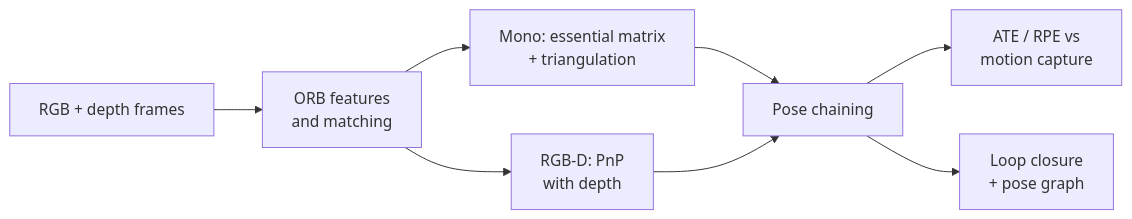
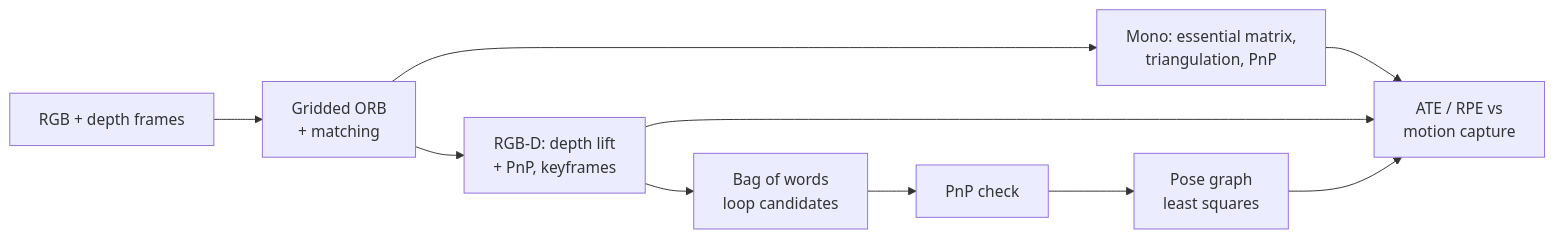
The diagram in README.md (haroonkhan02/visual-odometry-slam), drawn with Mermaid before and after one commit. The commit also changed other lines of this file, not shown here.

Commit message:
Finish README with loop-closure results and error analysis

````diff
--- a/README.md
+++ b/README.md
@@ -39,10 +23,12 @@
 ```mermaid
 flowchart LR
-    A[RGB + depth frames] --> B[ORB features<br/>and matching]
-    B --> C1[Mono: essential matrix<br/>+ triangulation]
-    B --> C2[RGB-D: PnP<br/>with depth]
-    C1 --> D[Pose chaining]
-    C2 --> D
-    D --> E[ATE / RPE vs<br/>motion capture]
-    D --> F[Loop closure<br/>+ pose graph]
+    A[RGB + depth frames] --> B[Gridded ORB<br/>+ matching]
+    B --> C1[Mono: essential matrix,<br/>triangulation, PnP]
+    B --> C2[RGB-D: depth lift<br/>+ PnP, keyframes]
+    C2 --> D[Bag of words<br/>loop candidates]
+    D --> E[PnP check]
+    E --> F[Pose graph<br/>least squares]
+    C1 --> G[ATE / RPE vs<br/>motion capture]
+    C2 --> G
+    F --> G
 ```
````
